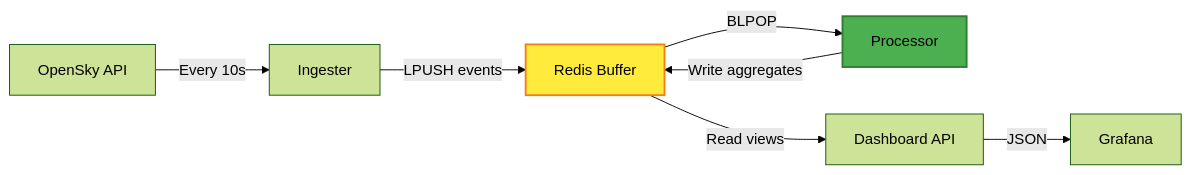
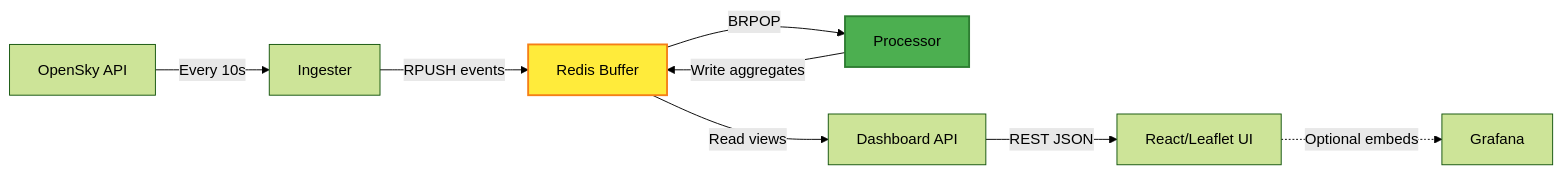
The fifth of 10 diagrams in docs/architecture/technical-architecture-summary.md (ClementV78/CloudRadar), drawn with Mermaid (forest theme) before and after one commit. The commit also changed other lines of this file and 1 other file, not shown here.

First line of the commit message:
docs(architecture): align technical architecture docs

````diff
--- a/docs/architecture/technical-architecture-summary.md
+++ b/docs/architecture/technical-architecture-summary.md
@@ -228,12 +241,13 @@
 ```mermaid
 graph LR
     O[OpenSky API] -->|Every 10s| I[Ingester]
-    I -->|LPUSH events| R[Redis Buffer]
-    R -->|BLPOP| P[Processor]
+    I -->|RPUSH events| R[Redis Buffer]
+    R -->|BRPOP| P[Processor]
     P -->|Write aggregates| R
     R -->|Read views| D[Dashboard API]
-    D -->|JSON| G[Grafana]
+    D -->|REST JSON| U[React/Leaflet UI]
+    U -.->|Optional embeds| G[Grafana]
     
     style R fill:#ffeb3b,stroke:#f57f17,stroke-width:2px
     style P fill:#4caf50,stroke:#2e7d32,stroke-width:2px
 ```
````
